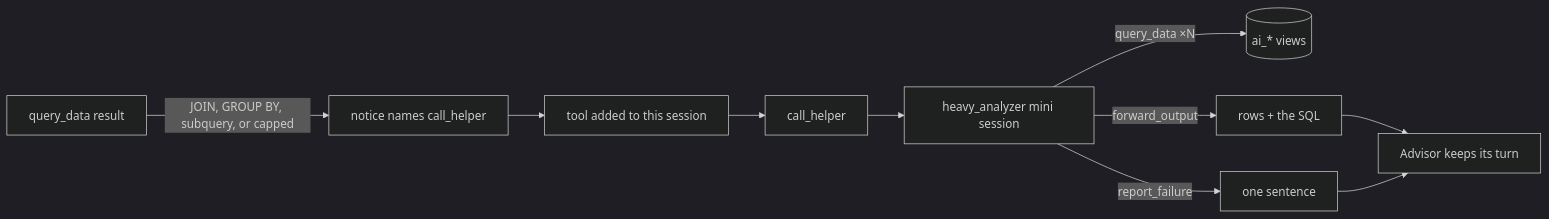
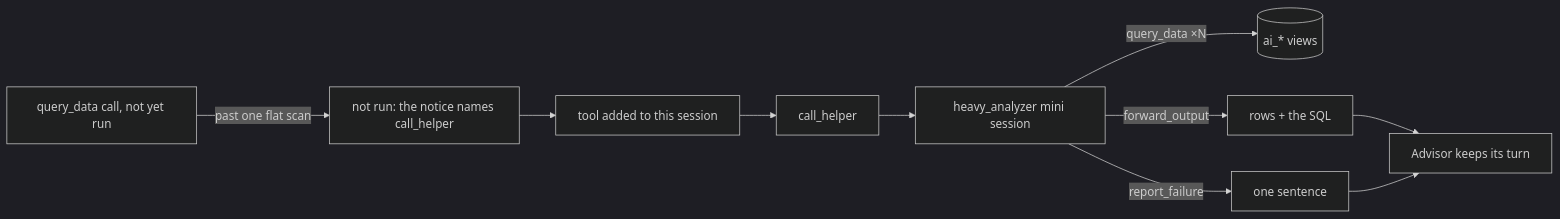
Before and after one commit to myvaheed/tg-ai-safwa: the seventh of 13 diagrams in docs/AGENT_ARCH.md, drawn with Mermaid (dark theme). The commit also changed other lines of this file and 7 other files, not shown here.

````diff
--- a/docs/AGENT_ARCH.md
+++ b/docs/AGENT_ARCH.md
@@ -348,12 +351,12 @@
 ```mermaid
 flowchart LR
-    Q[query_data result] -->|JOIN, GROUP BY, subquery, or capped| OFFER[notice names call_helper]
+    Q[query_data call, not yet run] -->|past one flat scan| OFFER[not run: the notice names call_helper]
     OFFER --> TOOLS[tool added to this session]
     TOOLS --> CALL[call_helper]
     CALL --> HA[heavy_analyzer mini session]
     HA -->|query_data ×N| DB[(ai_* views)]
     HA -->|forward_output| ROWS[rows + the SQL]
     HA -->|report_failure| ERR[one sentence]
     ROWS --> A[Advisor keeps its turn]
     ERR --> A
 ```
````
